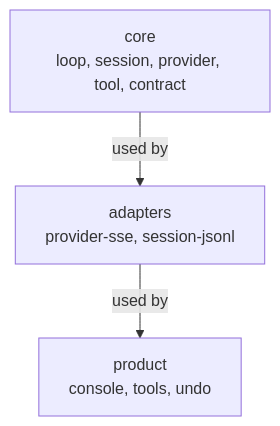
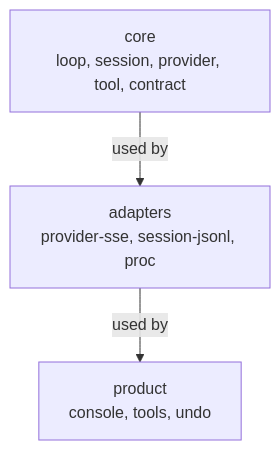
The first of 3 diagrams in docs/architecture.md (OverbearingPearl/pearl), drawn with Mermaid before and after one commit. The commit also changed other lines of this file and 3 other files, not shown here.

````diff
--- a/docs/architecture.md
+++ b/docs/architecture.md
@@ -44,7 +45,7 @@
 ```mermaid
 flowchart TB
   core["core<br/>loop, session, provider, tool, contract"]
-  adapters["adapters<br/>provider-sse, session-jsonl"]
+  adapters["adapters<br/>provider-sse, session-jsonl, proc"]
   product["product<br/>console, tools, undo"]
   core -->|used by| adapters -->|used by| product
 ```
````
